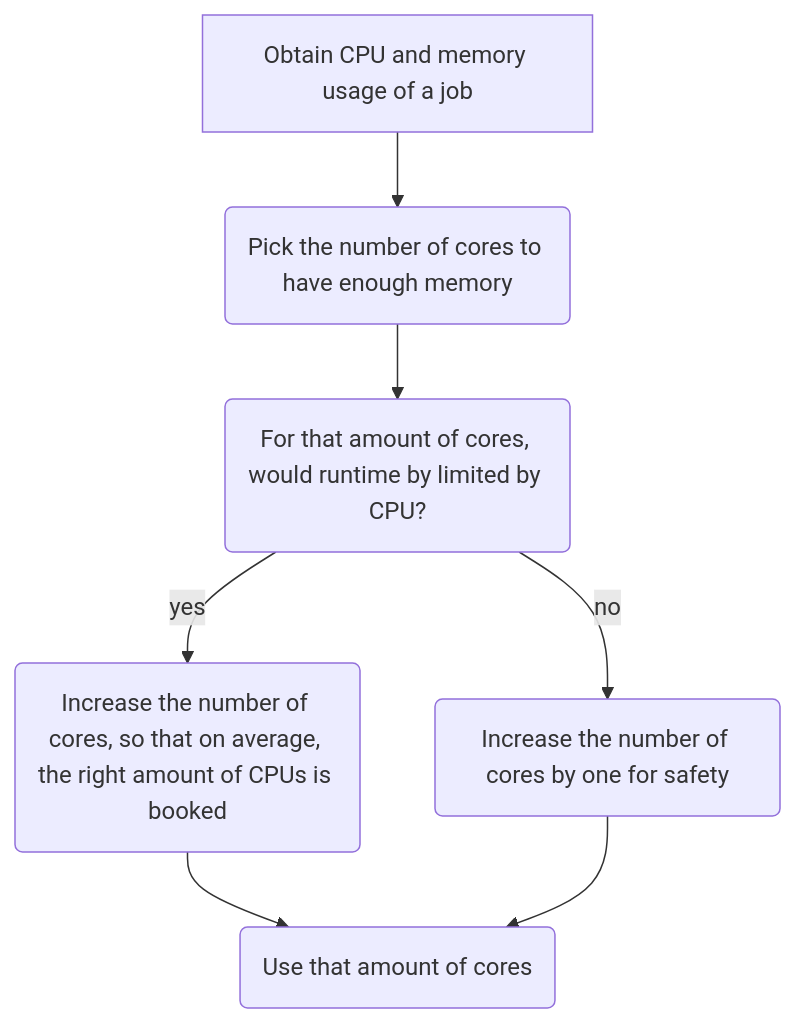
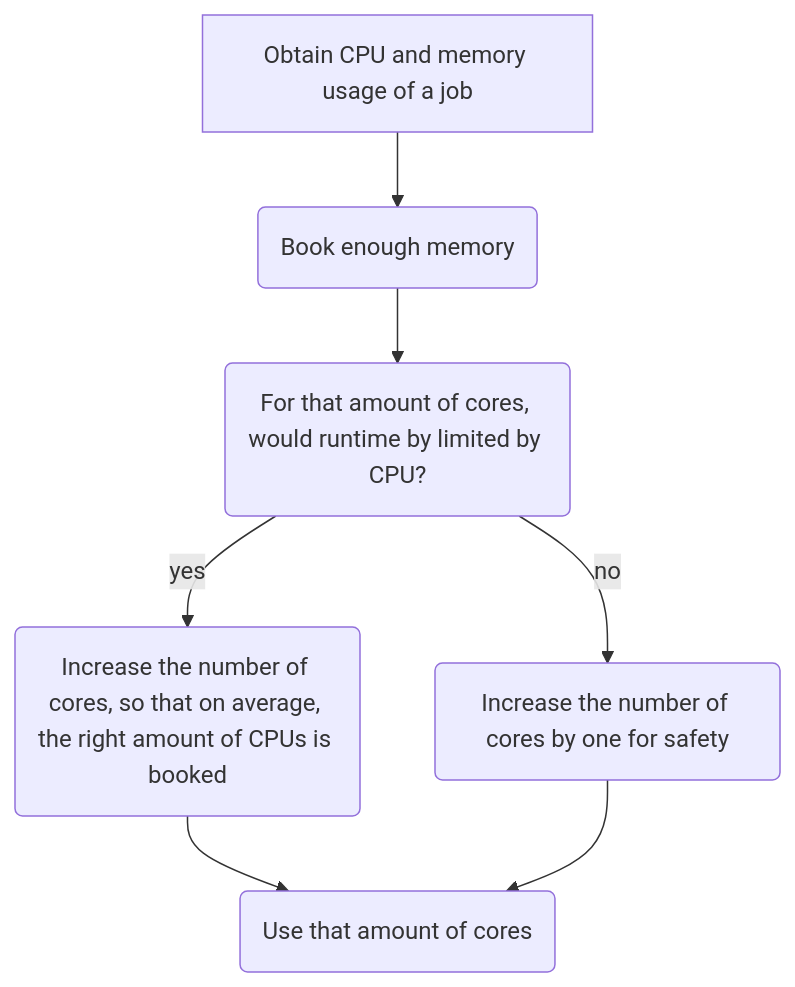
One commit to NBISweden/SCoRe_user_doc changed the diagram in docs/efficiency.md. Above: the diagram before and after it, drawn with Mermaid.

````diff
--- a/docs/efficiency.md
+++ b/docs/efficiency.md
@@ -63,18 +63,18 @@
 ```mermaid
 flowchart TD
   obtain_data[Obtain CPU and memory usage of a job]
-  lower_limit_based_on_memory(Pick the number of cores to have enough memory)
+  lower_limit_based_on_memory(Book enough memory)
   limited_by_cpu(For that amount of cores, would runtime by limited by CPU?)
   lower_limit_based_on_cpu(Increase the number of cores, so that on average, the right amount of CPUs is booked)
 
   done(Use that amount of cores)
 
   add_one(Increase the number of cores by one for safety)
 
   obtain_data --> lower_limit_based_on_memory
   lower_limit_based_on_memory --> limited_by_cpu
   limited_by_cpu --> |no| add_one
   limited_by_cpu --> |yes| lower_limit_based_on_cpu
   lower_limit_based_on_cpu --> done
   add_one --> done
 ```
````
